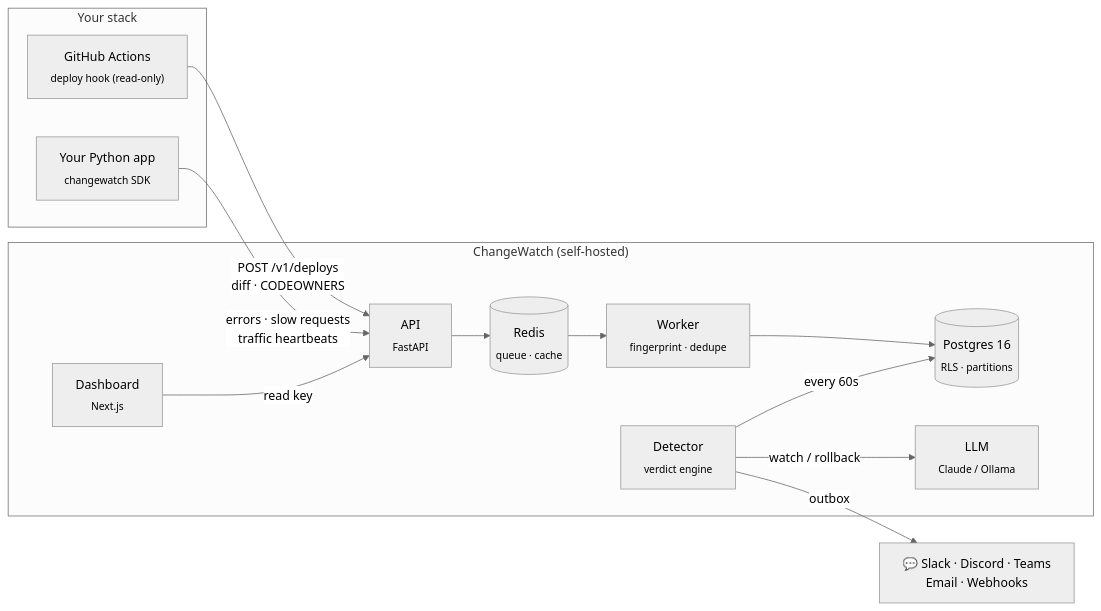
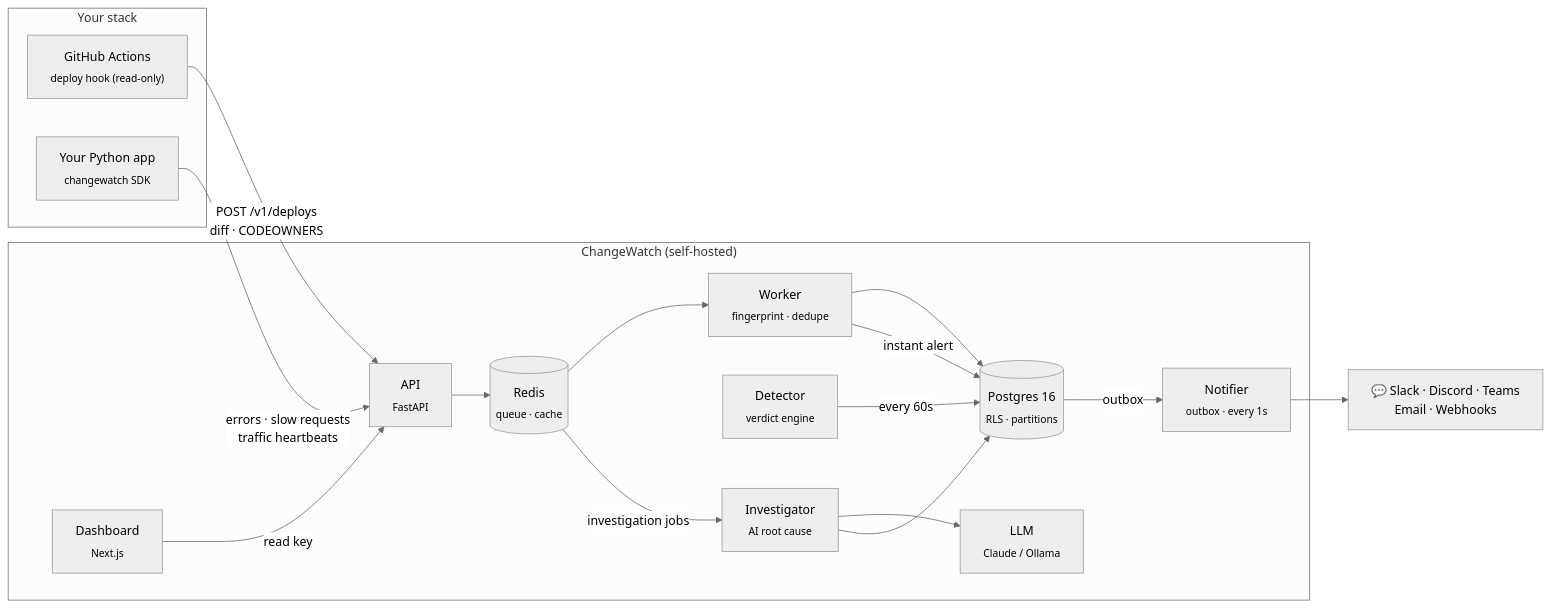
The first of 3 diagrams in README.md (aarizbobbydeol/changewatch), drawn with Mermaid (neutral theme) before and after one commit. The commit also changed other lines of this file and 18 other files, not shown here.

First line of the commit message:
fix: make the pipeline work end to end; add investigator and notifier services

````diff
--- a/README.md
+++ b/README.md
@@ -84,27 +84,33 @@
 ```mermaid
 flowchart LR
     subgraph YOU["Your stack"]
         GH["GitHub Actions<br/><sub>deploy hook (read-only)</sub>"]
         APP["Your Python app<br/><sub>changewatch SDK</sub>"]
     end
 
     subgraph CW["ChangeWatch (self-hosted)"]
         API["API<br/><sub>FastAPI</sub>"]
         Q[("Redis<br/><sub>queue · cache</sub>")]
         W["Worker<br/><sub>fingerprint · dedupe</sub>"]
         DB[("Postgres 16<br/><sub>RLS · partitions</sub>")]
         D["Detector<br/><sub>verdict engine</sub>"]
+        INV["Investigator<br/><sub>AI root cause</sub>"]
+        N["Notifier<br/><sub>outbox · every 1s</sub>"]
         LLM["LLM<br/><sub>Claude / Ollama</sub>"]
         DASH["Dashboard<br/><sub>Next.js</sub>"]
     end
 
     SLACK["💬 Slack · Discord · Teams<br/>Email · Webhooks"]
 
     GH -- "POST /v1/deploys<br/>diff · CODEOWNERS" --> API
     APP -- "errors · slow requests<br/>traffic heartbeats" --> API
     API --> Q --> W --> DB
     D -- "every 60s" --> DB
-    D -- "watch / rollback" --> LLM
-    D -- "outbox" --> SLACK
+    Q -- "investigation jobs" --> INV
+    INV --> LLM
+    INV --> DB
+    W -- "instant alert" --> DB
+    DB -- "outbox" --> N
+    N --> SLACK
     DASH -- "read key" --> API
 ```
````
